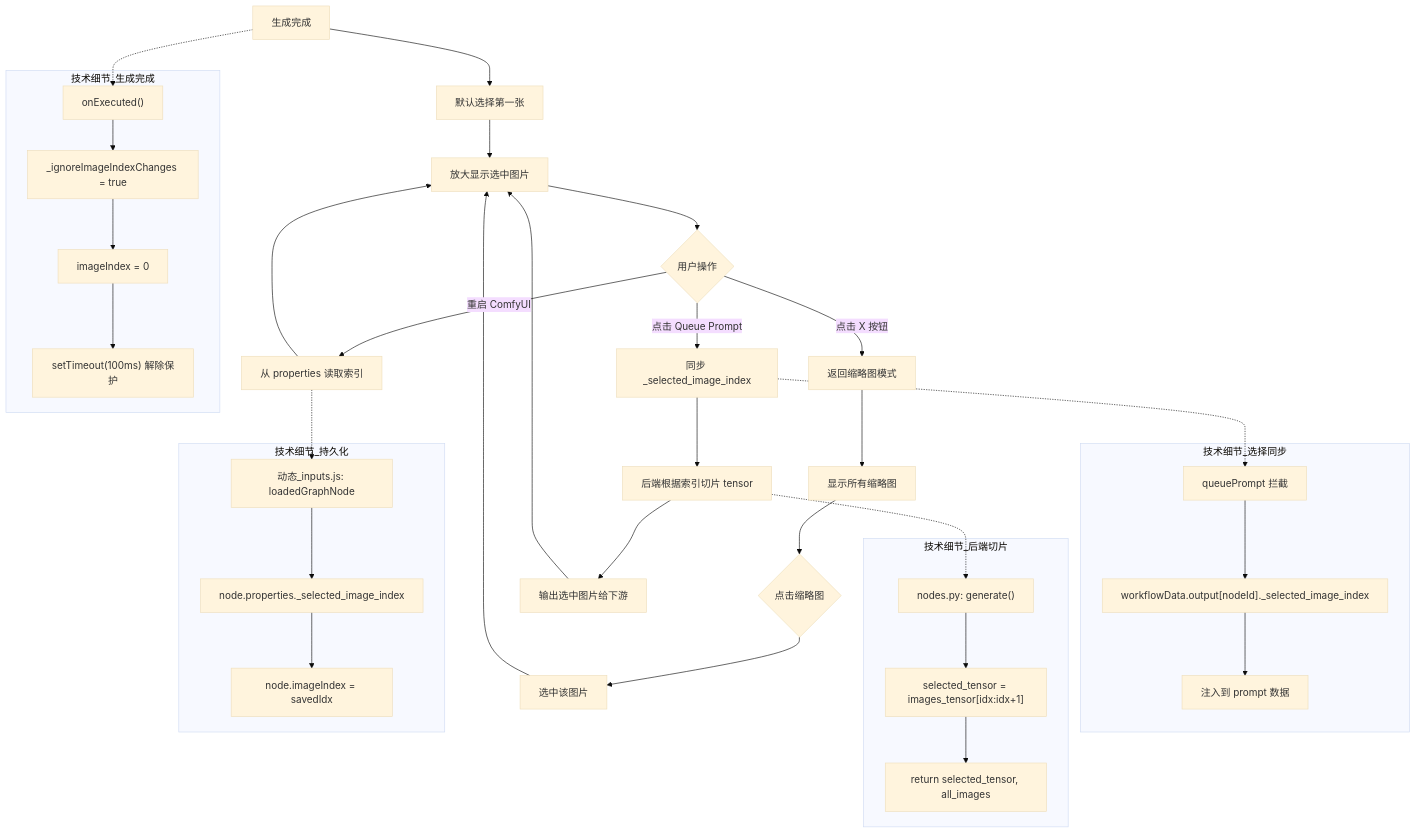
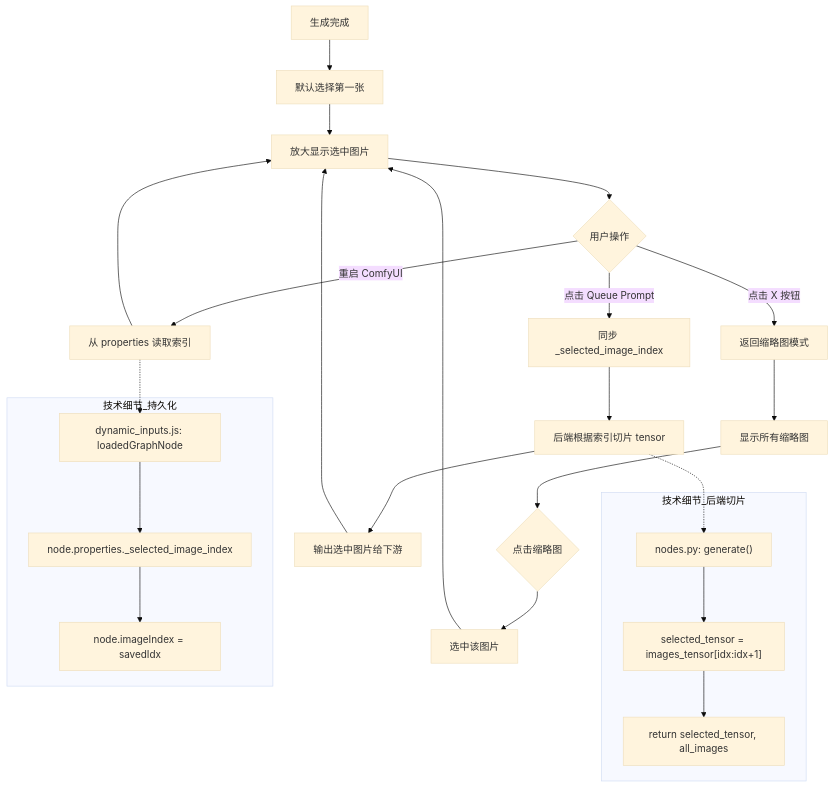
Diagram 15 of 16 in ARCHITECTURE.md (RexGrey/ComfyUI-Custom-Batchbox), drawn with Mermaid (base theme) before and after one commit. The commit also changed other lines of this file and 5 other files, not shown here.

````diff
--- a/ARCHITECTURE.md
+++ b/ARCHITECTURE.md
@@ -1244,49 +920,34 @@
 ```mermaid
 flowchart TD
     A[生成完成] --> B[默认选择第一张]
     B --> C[放大显示选中图片]
     C --> D{用户操作}
-    
+
     D -->|点击 X 按钮| E[返回缩略图模式]
     E --> F[显示所有缩略图]
     F --> G{点击缩略图}
     G --> H[选中该图片]
     H --> C
-    
+
     D -->|点击 Queue Prompt| I[同步 _selected_image_index]
     I --> J[后端根据索引切片 tensor]
     J --> K[输出选中图片给下游]
     K --> C
-    
+
     D -->|重启 ComfyUI| L[从 properties 读取索引]
     L --> C
-    
-    subgraph 技术细节_生成完成
-        A1["onExecuted()"]
-        A2["_ignoreImageIndexChanges = true"]
-        A3["imageIndex = 0"]
-        A4["setTimeout(100ms) 解除保护"]
-    end
-    A -.-> A1 --> A2 --> A3 --> A4
-    
-    subgraph 技术细节_选择同步
-        I1["queuePrompt 拦截"]
-        I2["workflowData.output[nodeId]._selected_image_index"]
-        I3["注入到 prompt 数据"]
-    end
-    I -.-> I1 --> I2 --> I3
-    
+
     subgraph 技术细节_后端切片
         J1["nodes.py: generate()"]
         J2["selected_tensor = images_tensor[idx:idx+1]"]
         J3["return selected_tensor, all_images"]
     end
     J -.-> J1 --> J2 --> J3
-    
+
     subgraph 技术细节_持久化
-        L1["动态_inputs.js: loadedGraphNode"]
+        L1["dynamic_inputs.js: loadedGraphNode"]
         L2["node.properties._selected_image_index"]
         L3["node.imageIndex = savedIdx"]
     end
     L -.-> L1 --> L2 --> L3
 ```
````
